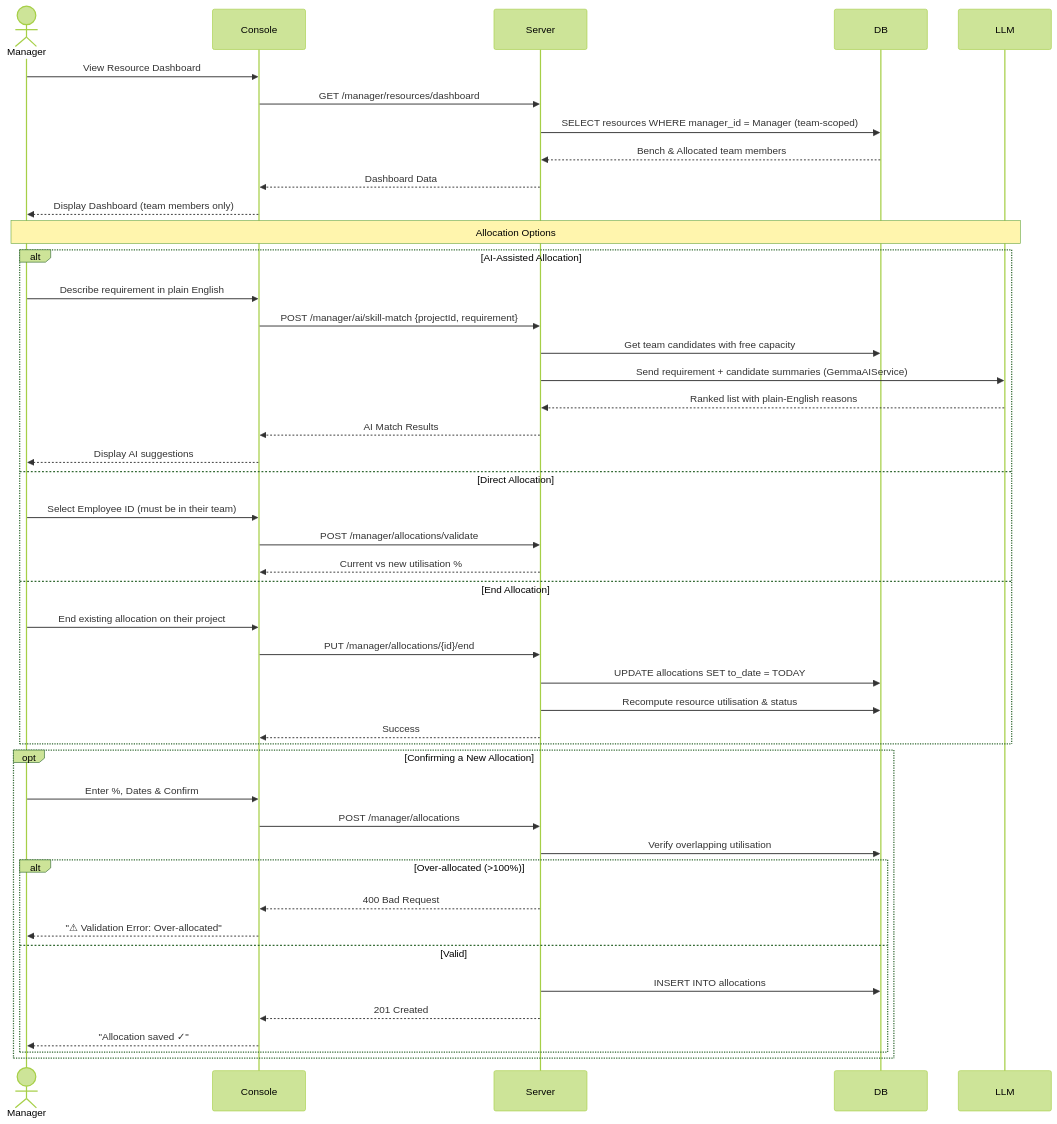
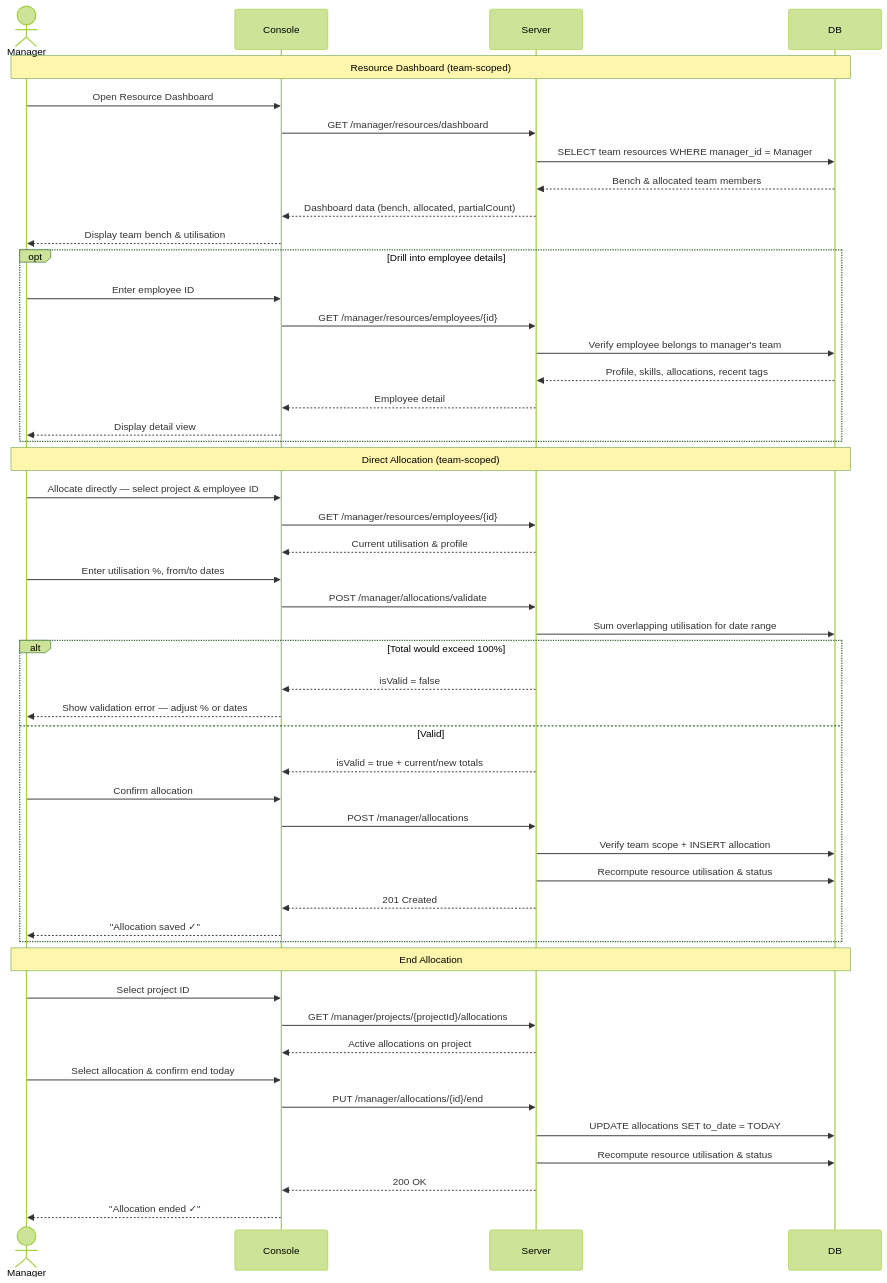
The third of 6 diagrams in UML Design/sequence_diagrams.md (RiyaAmetaITT/Project-Resource-Management-tool), drawn with Mermaid (forest theme) before and after one commit. The commit also changed other lines of this file and 1 other file, not shown here.

Commit message:
Added updated design diagram

````diff
--- a/UML Design/sequence_diagrams.md
+++ b/UML Design/sequence_diagrams.md
@@ -127,51 +127,55 @@
 ```mermaid
 sequenceDiagram
     actor Manager
     participant Console
     participant Server
     participant DB
-    participant LLM
 
-    Manager->>Console: View Resource Dashboard
+    Note over Manager,DB: Resource Dashboard (team-scoped)
+    Manager->>Console: Open Resource Dashboard
     Console->>Server: GET /manager/resources/dashboard
-    Server->>DB: SELECT resources WHERE manager_id = Manager (team-scoped)
-    DB-->>Server: Bench & Allocated team members
-    Server-->>Console: Dashboard Data
-    Console-->>Manager: Display Dashboard (team members only)
+    Server->>DB: SELECT team resources WHERE manager_id = Manager
+    DB-->>Server: Bench & allocated team members
+    Server-->>Console: Dashboard data (bench, allocated, partialCount)
+    Console-->>Manager: Display team bench & utilisation
 
-    Note over Manager,LLM: Allocation Options
-
-    alt AI-Assisted Allocation
-        Manager->>Console: Describe requirement in plain English
-        Console->>Server: POST /manager/ai/skill-match {projectId, requirement}
-        Server->>DB: Get team candidates with free capacity
-        Server->>LLM: Send requirement + candidate summaries (GemmaAIService)
-        LLM-->>Server: Ranked list with plain-English reasons
-        Server-->>Console: AI Match Results
-        Console-->>Manager: Display AI suggestions
-    else Direct Allocation
-        Manager->>Console: Select Employee ID (must be in their team)
-        Console->>Server: POST /manager/allocations/validate
-        Server-->>Console: Current vs new utilisation %
-    else End Allocation
-        Manager->>Console: End existing allocation on their project
-        Console->>Server: PUT /manager/allocations/{id}/end
-        Server->>DB: UPDATE allocations SET to_date = TODAY
-        Server->>DB: Recompute resource utilisation & status
-        Server-->>Console: Success
+    opt Drill into employee details
+        Manager->>Console: Enter employee ID
+        Console->>Server: GET /manager/resources/employees/{id}
+        Server->>DB: Verify employee belongs to manager's team
+        DB-->>Server: Profile, skills, allocations, recent tags
+        Server-->>Console: Employee detail
+        Console-->>Manager: Display detail view
     end
 
-    opt Confirming a New Allocation
-        Manager->>Console: Enter %, Dates & Confirm
+    Note over Manager,DB: Direct Allocation (team-scoped)
+    Manager->>Console: Allocate directly — select project & employee ID
+    Console->>Server: GET /manager/resources/employees/{id}
+    Server-->>Console: Current utilisation & profile
+    Manager->>Console: Enter utilisation %, from/to dates
+    Console->>Server: POST /manager/allocations/validate
+    Server->>DB: Sum overlapping utilisation for date range
+    alt Total would exceed 100%
+        Server-->>Console: isValid = false
+        Console-->>Manager: Show validation error — adjust % or dates
+    else Valid
+        Server-->>Console: isValid = true + current/new totals
+        Manager->>Console: Confirm allocation
         Console->>Server: POST /manager/allocations
-        Server->>DB: Verify overlapping utilisation
-        alt Over-allocated (>100%)
-            Server-->>Console: 400 Bad Request
-            Console-->>Manager: "⚠ Validation Error: Over-allocated"
-        else Valid
-            Server->>DB: INSERT INTO allocations
-            Server-->>Console: 201 Created
-            Console-->>Manager: "Allocation saved ✓"
-        end
+        Server->>DB: Verify team scope + INSERT allocation
+        Server->>DB: Recompute resource utilisation & status
+        Server-->>Console: 201 Created
+        Console-->>Manager: "Allocation saved ✓"
     end
+
+    Note over Manager,DB: End Allocation
+    Manager->>Console: Select project ID
+    Console->>Server: GET /manager/projects/{projectId}/allocations
+    Server-->>Console: Active allocations on project
+    Manager->>Console: Select allocation & confirm end today
+    Console->>Server: PUT /manager/allocations/{id}/end
+    Server->>DB: UPDATE allocations SET to_date = TODAY
+    Server->>DB: Recompute resource utilisation & status
+    Server-->>Console: 200 OK
+    Console-->>Manager: "Allocation ended ✓"
 ```
````
